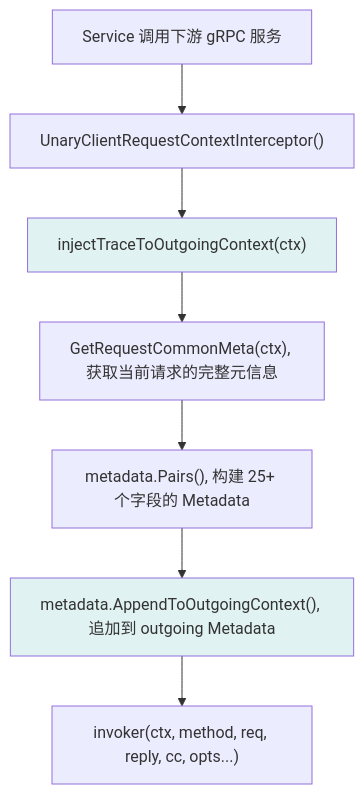
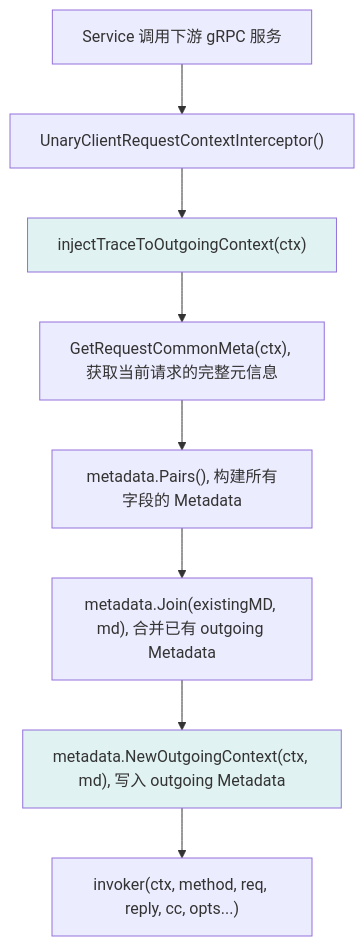
The fifth of 6 diagrams in docs/REQUEST-CONTEXT.md (kamalyes/go-rpc-gateway), drawn with Mermaid before and after one commit. The commit also changed other lines of this file and 20 other files, not shown here.

````diff
--- a/docs/REQUEST-CONTEXT.md
+++ b/docs/REQUEST-CONTEXT.md
@@ -301,12 +320,13 @@
 ```mermaid
 flowchart TD
     CALL["Service 调用下游 gRPC 服务"] --> CLIENT["UnaryClientRequestContextInterceptor()"]
     CLIENT --> INJECT["injectTraceToOutgoingContext(ctx)"]
     INJECT --> GET["GetRequestCommonMeta(ctx), 获取当前请求的完整元信息"]
-    GET --> PAIRS["metadata.Pairs(), 构建 25+ 个字段的 Metadata"]
-    PAIRS --> APPEND["metadata.AppendToOutgoingContext(), 追加到 outgoing Metadata"]
-    APPEND --> INVOKE["invoker(ctx, method, req, reply, cc, opts...)"]
+    GET --> PAIRS["metadata.Pairs(), 构建所有字段的 Metadata"]
+    PAIRS --> JOIN["metadata.Join(existingMD, md), 合并已有 outgoing Metadata"]
+    JOIN --> NEW["metadata.NewOutgoingContext(ctx, md), 写入 outgoing Metadata"]
+    NEW --> INVOKE["invoker(ctx, method, req, reply, cc, opts...)"]
 
     style INJECT fill:#e0f2f1
-    style APPEND fill:#e0f2f1
+    style NEW fill:#e0f2f1
 ```
````
